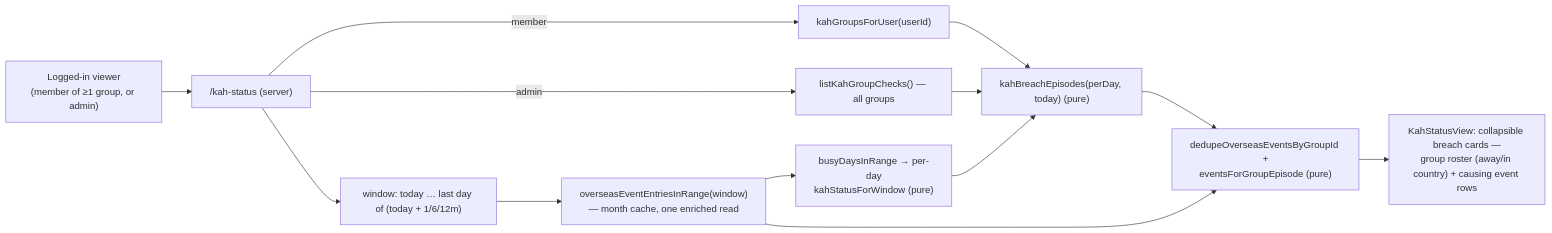
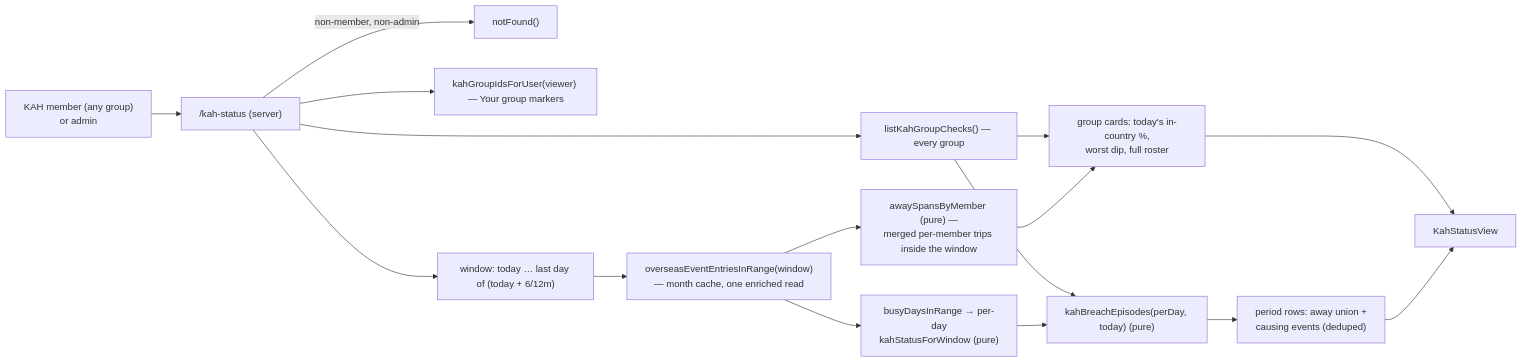
The fourth of 4 diagrams in docs/kah.md (oncloudnintynineone-source/cloudy2), drawn with Mermaid before and after one commit. The commit also changed other lines of this file and 31 other files, not shown here.

Commit message:
feat(kah): member-visible all-group status page with 6-month default

````diff
--- a/docs/kah.md
+++ b/docs/kah.md
@@ -217,15 +219,18 @@
 ```mermaid
 flowchart LR
- U["Logged-in viewer<br/>(member of ≥1 group, or admin)"] --> P["/kah-status (server)"]
- P -- "member" --> G["kahGroupsForUser(userId)"]
- P -- "admin" --> A["listKahGroupChecks() — all groups"]
- P --> W["window: today … last day of (today + 1/6/12m)"]
+ U["KAH member (any group)<br/>or admin"] --> P["/kah-status (server)"]
+ P -->|"non-member, non-admin"| N["notFound()"]
+ P --> G["listKahGroupChecks() — every group"]
+ P --> M["kahGroupIdsForUser(viewer) — Your group markers"]
+ P --> W["window: today … last day of (today + 6/12m)"]
  W --> B["overseasEventEntriesInRange(window)<br/>— month cache, one enriched read"]
  B --> D["busyDaysInRange → per-day<br/>kahStatusForWindow (pure)"]
  G --> E["kahBreachEpisodes(perDay, today) (pure)"]
- A --> E
  D --> E
- B --> C["dedupeOverseasEventsByGroupId +<br/>eventsForGroupEpisode (pure)"]
- E --> C
- C --> V["KahStatusView: collapsible breach cards —<br/>group roster (away/in country) + causing event rows"]
+ G --> R["group cards: today's in-country %,<br/>worst dip, full roster"]
+ B --> S["awaySpansByMember (pure) —<br/>merged per-member trips inside the window"]
+ S --> R
+ E --> S2["period rows: away union +<br/>causing events (deduped)"]
+ R --> V["KahStatusView"]
+ S2 --> V
 ```
````
